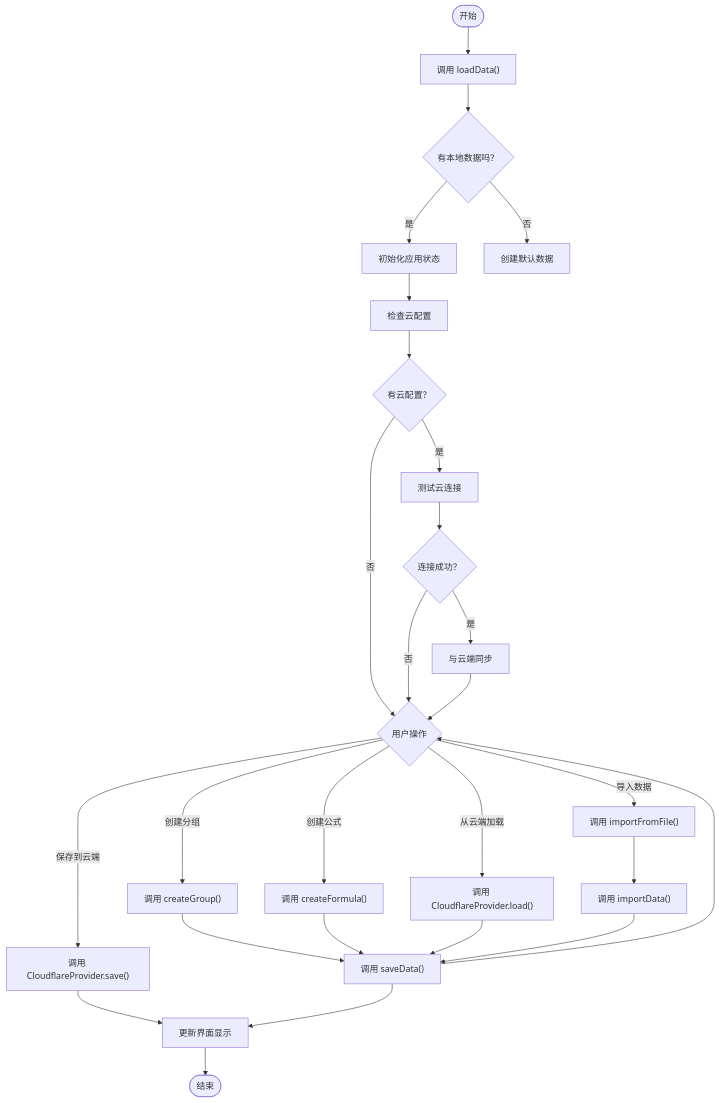
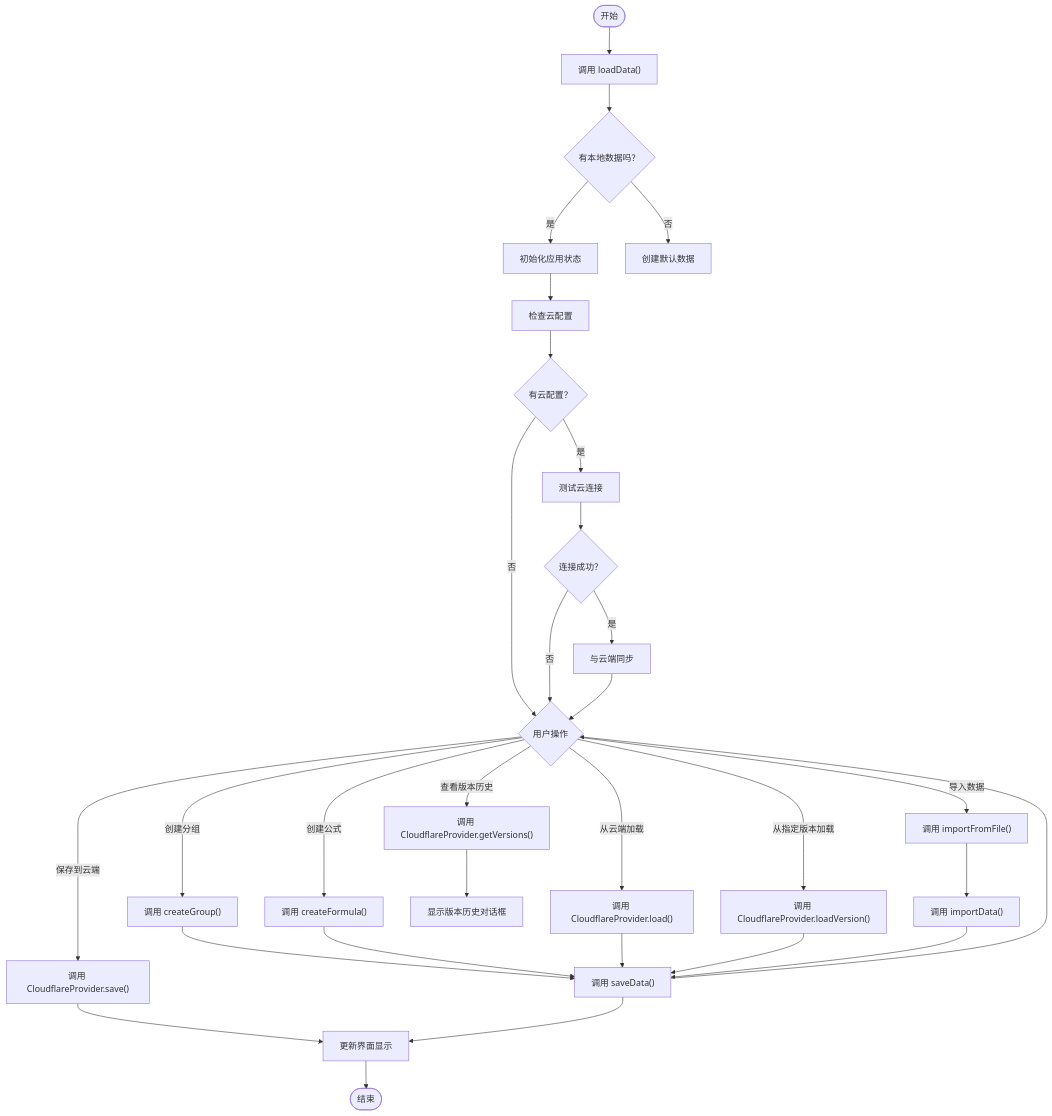
Before and after one commit to steveyu2/formula-mapper: the fourth of 6 diagrams in .qoder/repowiki/zh/content/API参考/数据存储API.md, drawn with Mermaid. The commit also changed other lines of this file and 7 other files, not shown here.

````diff
--- a/.qoder/repowiki/zh/content/API参考/数据存储API.md
+++ b/.qoder/repowiki/zh/content/API参考/数据存储API.md
@@ -446,29 +479,33 @@
 ```mermaid
 flowchart TD
 Start([开始]) --> LoadData["调用 loadData()"]
 LoadData --> HasData{"有本地数据吗？"}
 HasData --> |是| InitState["初始化应用状态"]
 HasData --> |否| CreateDefault["创建默认数据"]
 InitState --> CheckCloudConfig["检查云配置"]
 CheckCloudConfig --> HasCloudConfig{"有云配置？"}
 HasCloudConfig --> |是| TestConnection["测试云连接"]
 HasCloudConfig --> |否| UserAction{"用户操作"}
 TestConnection --> ConnectionOK{"连接成功？"}
 ConnectionOK --> |是| SyncWithCloud["与云端同步"]
 ConnectionOK --> |否| UserAction
 SyncWithCloud --> UserAction
 UserAction --> |创建分组| CreateGroup["调用 createGroup()"]
 CreateGroup --> SaveLocal["调用 saveData()"]
 SaveLocal --> UserAction
 UserAction --> |创建公式| CreateFormula["调用 createFormula()"]
 CreateFormula --> SaveLocal
 UserAction --> |保存到云端| SaveToCloud["调用 CloudflareProvider.save()"]
 SaveToCloud --> UpdateUI["更新界面显示"]
 UserAction --> |从云端加载| LoadFromCloud["调用 CloudflareProvider.load()"]
 LoadFromCloud --> SaveLocal
+UserAction --> |查看版本历史| ViewVersions["调用 CloudflareProvider.getVersions()"]
+ViewVersions --> ShowVersionModal["显示版本历史对话框"]
+UserAction --> |从指定版本加载| LoadByVersion["调用 CloudflareProvider.loadVersion()"]
+LoadByVersion --> SaveLocal
 UserAction --> |导入数据| ImportData["调用 importFromFile()"]
 ImportData --> ParseData["调用 importData()"]
 ParseData --> SaveLocal
 SaveLocal --> UpdateUI
 UpdateUI --> End([结束])
 ```
````
